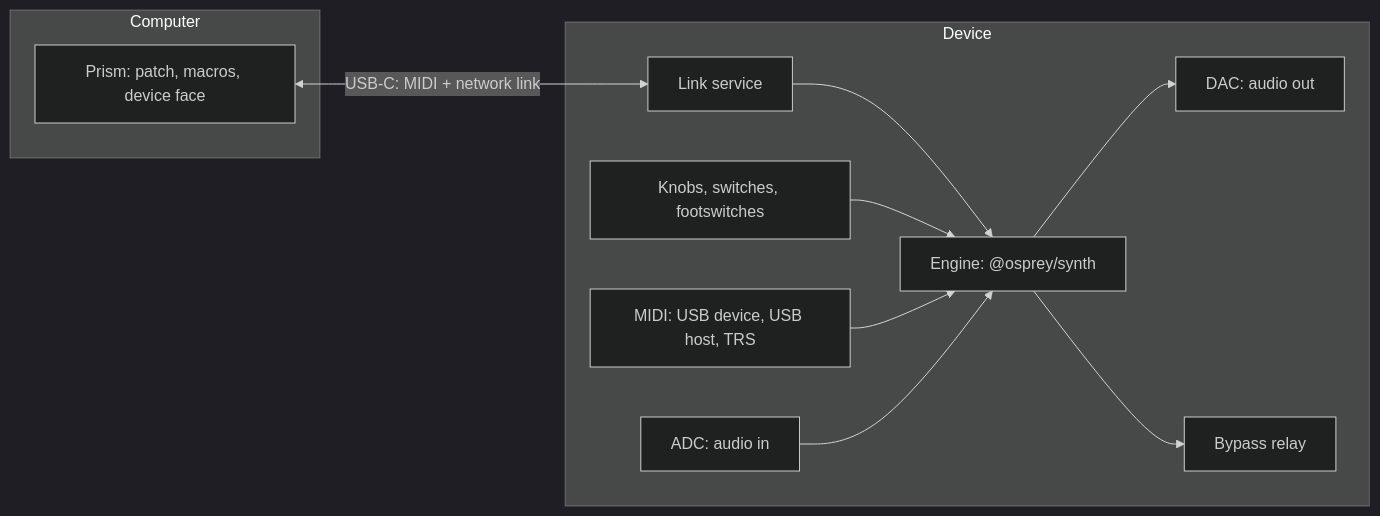
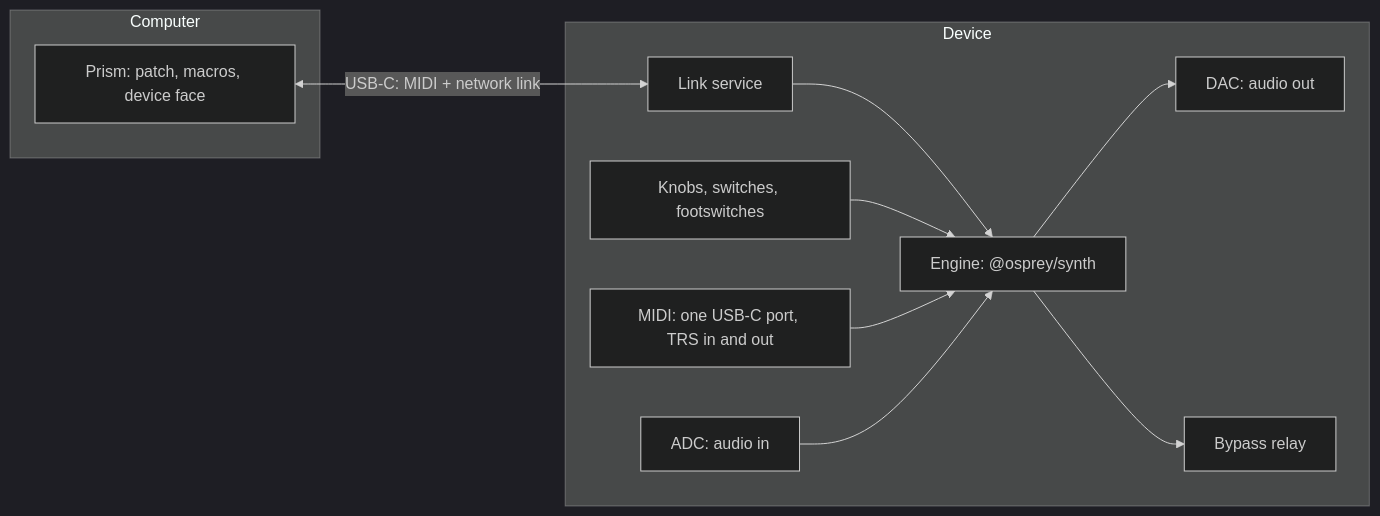
The diagram in docs/specs/synth/PrismDevice.md (Nimblesite/osprey), drawn with Mermaid (dark theme) before and after one commit. The commit also changed other lines of this file and 8 other files, not shown here.

First line of the commit message:
Prism device: performance directive, one dual-role USB-C port, MIDI connections

````diff
--- a/docs/specs/synth/PrismDevice.md
+++ b/docs/specs/synth/PrismDevice.md
@@ -9,15 +19,15 @@
 ```mermaid
 flowchart LR
   subgraph Computer
     P[Prism: patch, macros, device face]
   end
   subgraph Device
     L[Link service] --> E[Engine: @osprey/synth]
     C[Knobs, switches, footswitches] --> E
-    M[MIDI: USB device, USB host, TRS] --> E
+    M[MIDI: one USB-C port, TRS in and out] --> E
     A[ADC: audio in] --> E
     E --> D[DAC: audio out]
     E --> R[Bypass relay]
   end
   P <-- USB-C: MIDI + network link --> L
 ```
````
